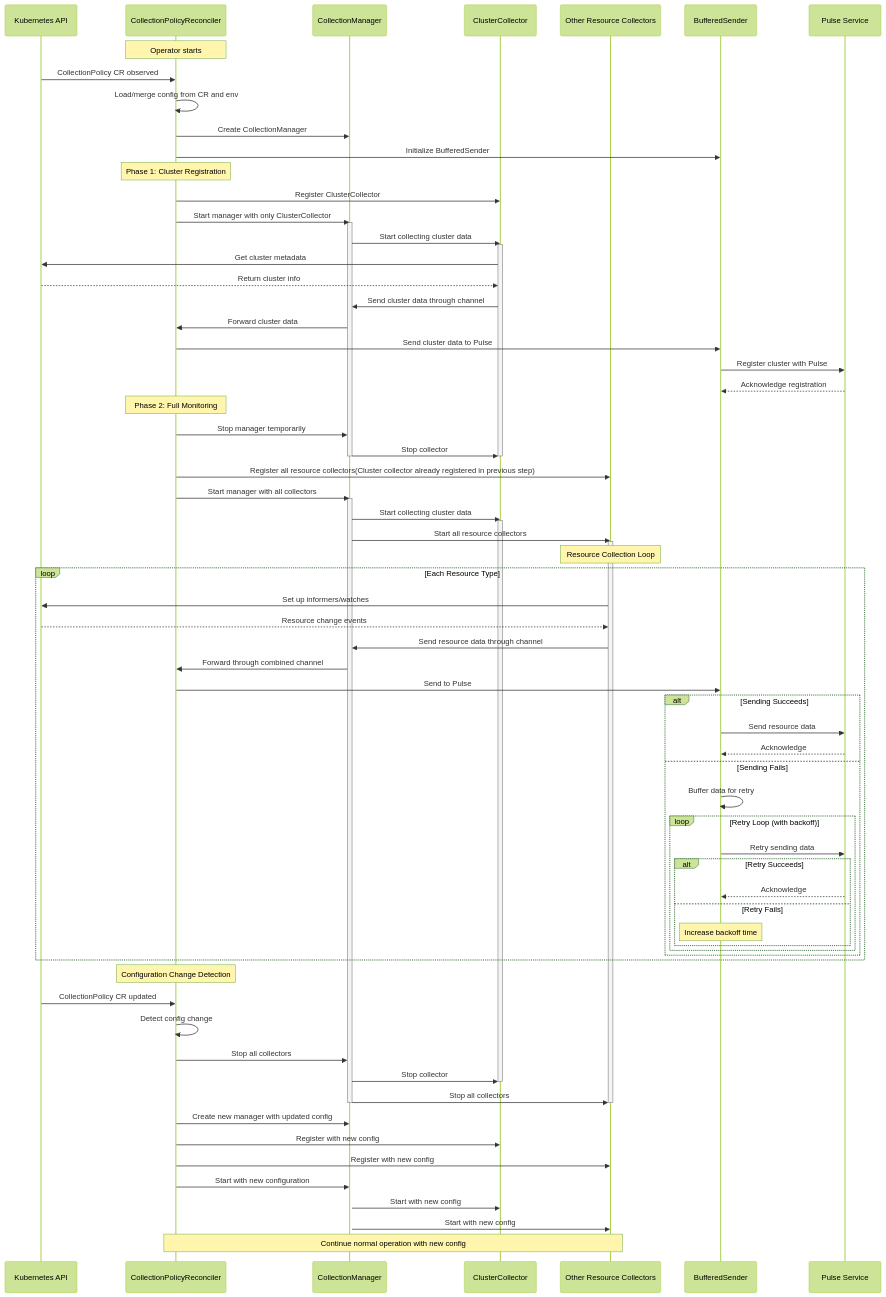
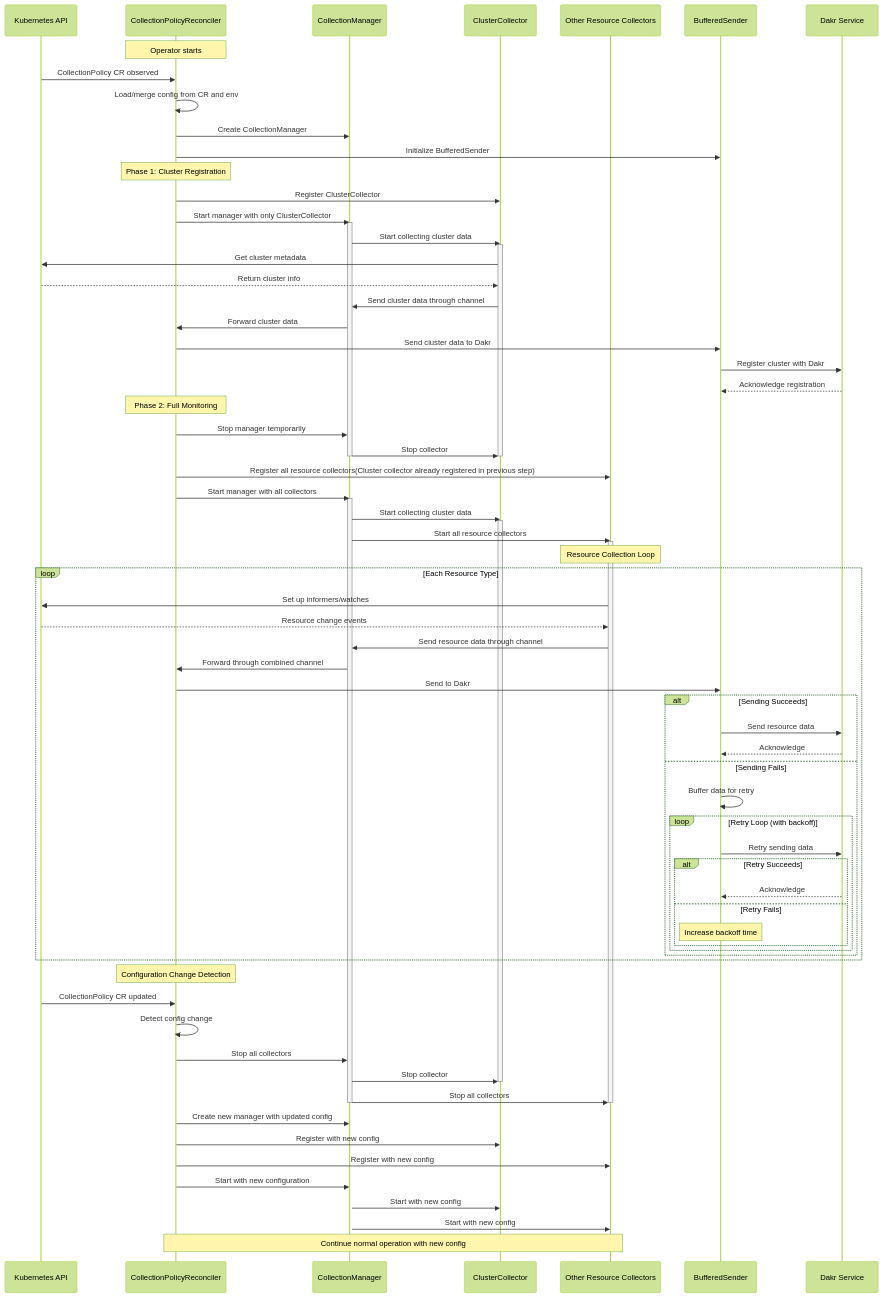
The diagram in docs/arch.md (devzero-inc/zxporter), drawn with Mermaid (forest theme) before and after one commit. The commit also changed 33 other files, not shown here.

```diff
--- a/docs/arch.md
+++ b/docs/arch.md
@@ -6,7 +6,7 @@
     participant Cluster as ClusterCollector
     participant Collectors as Other Resource Collectors
     participant Transport as BufferedSender
-    participant Pulse as Pulse Service
+    participant Dakr as Dakr Service
     
     Note over Operator: Operator starts
 
@@ -26,9 +26,9 @@
     Kube-->>Cluster: Return cluster info
     Cluster->>Manager: Send cluster data through channel
     Manager->>Operator: Forward cluster data
-    Operator->>Transport: Send cluster data to Pulse
-    Transport->>Pulse: Register cluster with Pulse
-    Pulse-->>Transport: Acknowledge registration
+    Operator->>Transport: Send cluster data to Dakr
+    Transport->>Dakr: Register cluster with Dakr
+    Dakr-->>Transport: Acknowledge registration
     
     Note over Operator: Phase 2: Full Monitoring
     
@@ -53,17 +53,17 @@
         Kube-->>Collectors: Resource change events
         Collectors->>Manager: Send resource data through channel
         Manager->>Operator: Forward through combined channel
-        Operator->>Transport: Send to Pulse
+        Operator->>Transport: Send to Dakr
         
         alt Sending Succeeds
-            Transport->>Pulse: Send resource data
-            Pulse-->>Transport: Acknowledge
+            Transport->>Dakr: Send resource data
+            Dakr-->>Transport: Acknowledge
         else Sending Fails
             Transport->>Transport: Buffer data for retry
             loop Retry Loop (with backoff)
-                Transport->>Pulse: Retry sending data
+                Transport->>Dakr: Retry sending data
                 alt Retry Succeeds
-                    Pulse-->>Transport: Acknowledge
+                    Dakr-->>Transport: Acknowledge
                 else Retry Fails
                     Note over Transport: Increase backoff time
                 end
```
